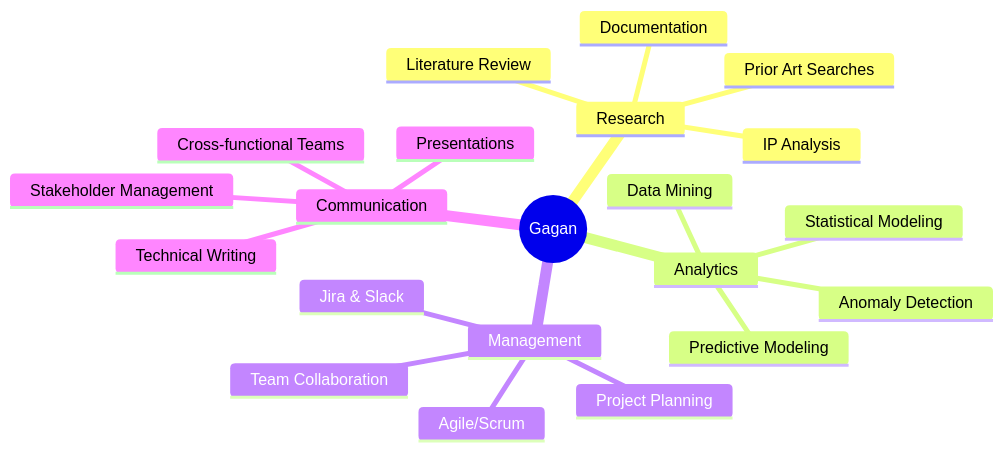
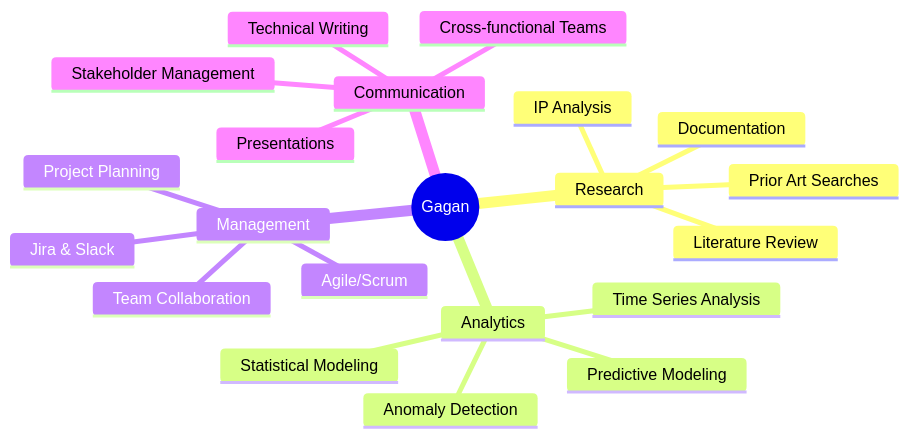
One commit to Gaganub/Gaganub changed the second of 2 diagrams in README.md. Above: the diagram before and after it, drawn with Mermaid.

````diff
--- a/README.md
+++ b/README.md
@@ -370,36 +370,36 @@
 ```mermaid
 %%{init: {
     'theme': 'neutral',
     'themeVariables': {
         'background': '#FFFFFF',          /* Light Background */
         'mainBkg': '#005A9C',             /* Root Node (Corporate Blue) */
         'mainTextColor': '#FFFFFF',       /* Root Node Text (White) */
         'lineColor': '#333333',           /* Line Color */
         'nodeBorder': '#005A9C',          /* Border Color */
         'nodeBkg': '#F3F3F3',             /* Secondary Node Background (Light Gray) */
         'nodeTextColor': '#333333'        /* Secondary Node Text (Dark Gray) */
     }
 }}%%
 mindmap
   root((Gagan))
     Research
       Literature Review
       Prior Art Searches
       IP Analysis
       Documentation
     Analytics
       Statistical Modeling
-      Data Mining
+      Time Series Analysis
       Anomaly Detection
       Predictive Modeling
     Management
       Agile/Scrum
       Project Planning
       Team Collaboration
       Jira & Slack
     Communication
       Technical Writing
       Presentations
       Cross-functional Teams
       Stakeholder Management
 ```
````
